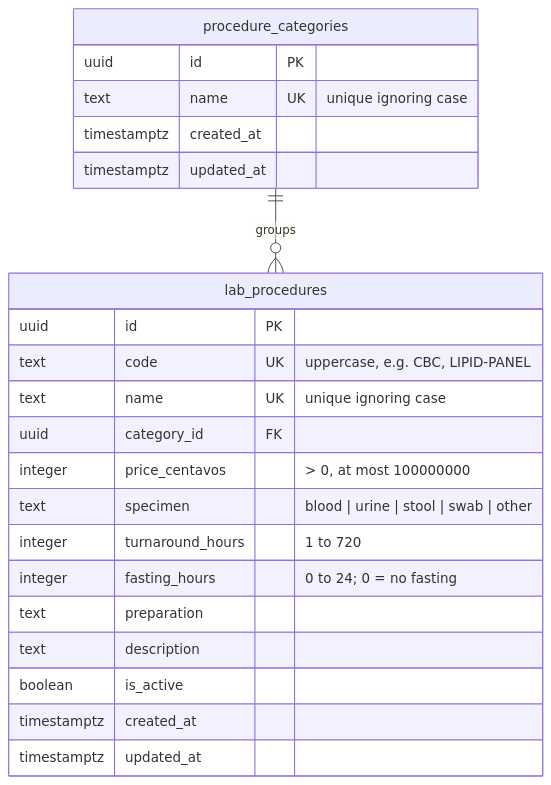
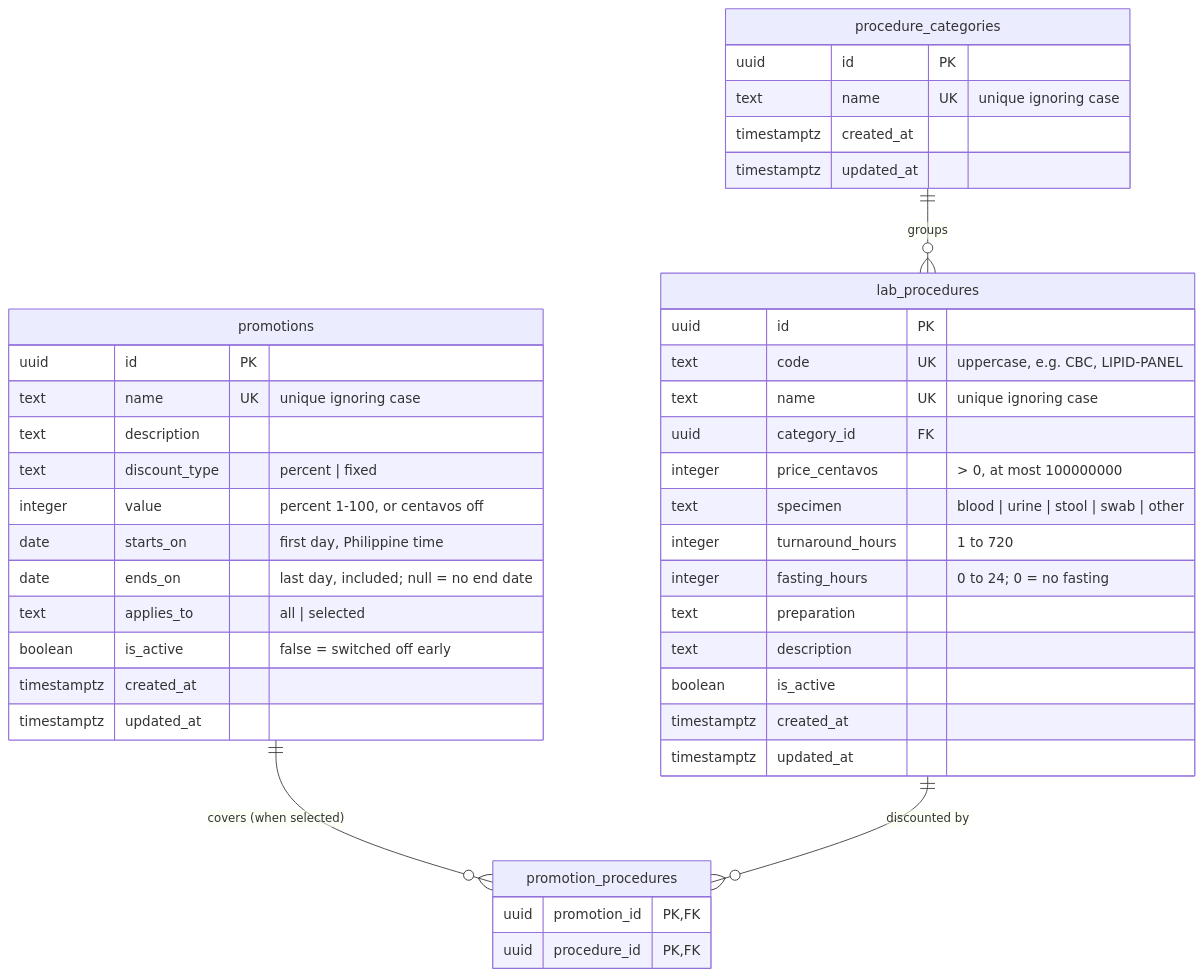
Before and after one commit to JM-GrizzlyBear/HomeLabConnect: the diagram in docs/erd/catalog.md, drawn with Mermaid. The commit also changed other lines of this file and 2 other files, not shown here.

Commit message:
docs: document promotions

````diff
--- a/docs/erd/catalog.md
+++ b/docs/erd/catalog.md
@@ -5,26 +5,45 @@
 ```mermaid
 erDiagram
     procedure_categories ||--o{ lab_procedures : "groups"
+    promotions ||--o{ promotion_procedures : "covers (when selected)"
+    lab_procedures ||--o{ promotion_procedures : "discounted by"
 
     procedure_categories {
         uuid id PK
         text name UK "unique ignoring case"
         timestamptz created_at
         timestamptz updated_at
     }
     lab_procedures {
         uuid id PK
         text code UK "uppercase, e.g. CBC, LIPID-PANEL"
         text name UK "unique ignoring case"
         uuid category_id FK
         integer price_centavos "> 0, at most 100000000"
         text specimen "blood | urine | stool | swab | other"
         integer turnaround_hours "1 to 720"
         integer fasting_hours "0 to 24; 0 = no fasting"
         text preparation
         text description
         boolean is_active
         timestamptz created_at
         timestamptz updated_at
     }
+    promotions {
+        uuid id PK
+        text name UK "unique ignoring case"
+        text description
+        text discount_type "percent | fixed"
+        integer value "percent 1-100, or centavos off"
+        date starts_on "first day, Philippine time"
+        date ends_on "last day, included; null = no end date"
+        text applies_to "all | selected"
+        boolean is_active "false = switched off early"
+        timestamptz created_at
+        timestamptz updated_at
+    }
+    promotion_procedures {
+        uuid promotion_id PK, FK
+        uuid procedure_id PK, FK
+    }
 ```
````
